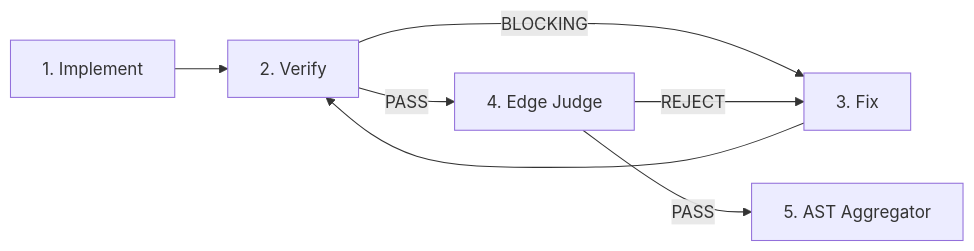
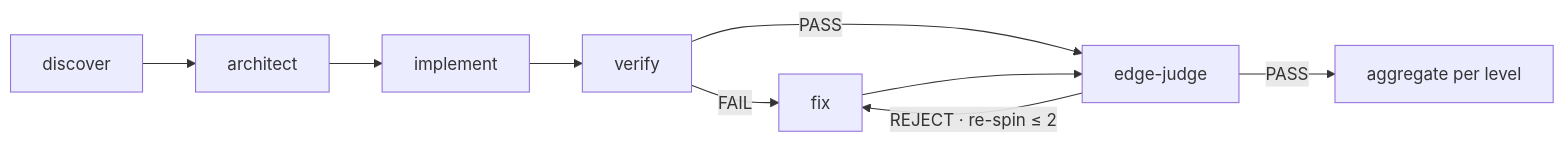
Before and after one commit to datnguyennnx/nyx: the second of 3 diagrams in README.md, drawn with Mermaid. The commit also changed other lines of this file and 63 other files, not shown here.

````diff
--- a/README.md
+++ b/README.md
@@ -106,8 +83,11 @@
 ```mermaid
 flowchart LR
-    I[1. Implement] --> V[2. Verify]
-    V -->|BLOCKING| F[3. Fix] --> V
-    V -->|PASS| EJ[4. Edge Judge]
-    EJ -->|REJECT| F
-    EJ -->|PASS| O[5. AST Aggregator]
+    D[discover] --> A[architect]
+    A --> I[implement]
+    I --> V[verify]
+    V -->|FAIL| F[fix]
+    V -->|PASS| G[edge-judge]
+    F --> G
+    G -->|REJECT · re-spin ≤ 2| F
+    G -->|PASS| N[aggregate per level]
 ```
````
